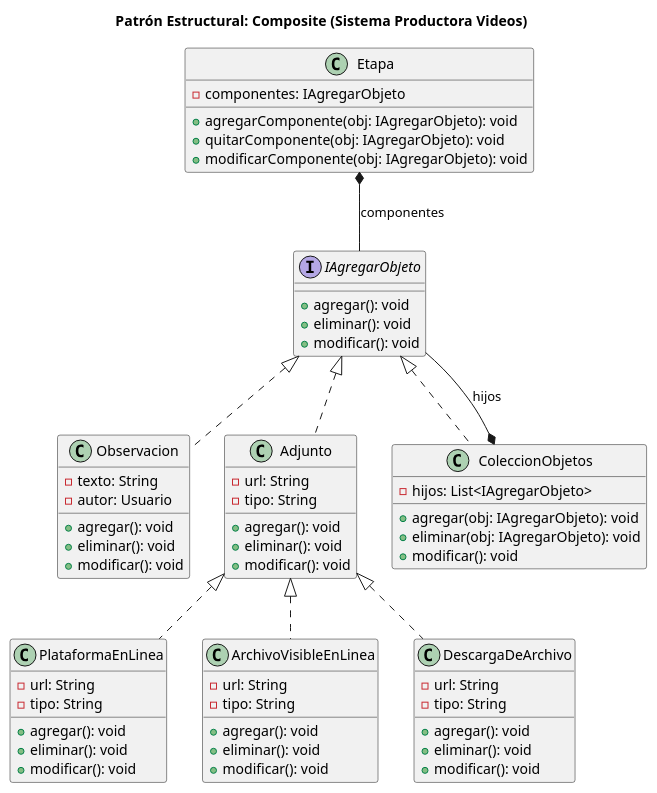
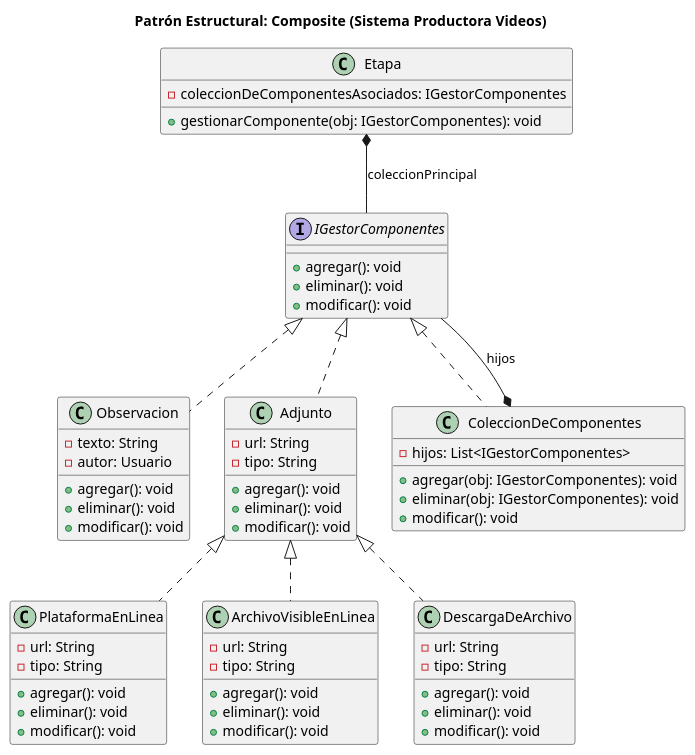
One commit to 9919-Mili/SistemaProductoraVideos changed the diagram in diagramas/01-diagrama-clases/01-patron-estructural-composite.puml. Above: the diagram before and after it, drawn with PlantUML. The commit also changed 3 other files, not shown here.

Commit message:
Fixes diagrama estructural

```diff
--- a/diagramas/01-diagrama-clases/01-patron-estructural-composite.puml
+++ b/diagramas/01-diagrama-clases/01-patron-estructural-composite.puml
@@ -1,75 +1,73 @@
 @startuml
 title Patrón Estructural: Composite (Sistema Productora Videos)
 
-interface IAgregarObjeto {
+interface IGestorComponentes {
   +agregar(): void
   +eliminar(): void
   +modificar(): void
 }
 
 class Observacion {
   -texto: String
   -autor: Usuario
   +agregar(): void
   +eliminar(): void
   +modificar(): void
 }
 
 class Adjunto {
   -url: String
   -tipo: String
   +agregar(): void
   +eliminar(): void
   +modificar(): void
 }
 
 class PlataformaEnLinea {
   -url: String
   -tipo: String
   +agregar(): void
   +eliminar(): void
   +modificar(): void
 }
 
 class ArchivoVisibleEnLinea {
   -url: String
   -tipo: String
   +agregar(): void
   +eliminar(): void
   +modificar(): void
 }
 
 class DescargaDeArchivo {
   -url: String
   -tipo: String
   +agregar(): void
   +eliminar(): void
   +modificar(): void
 }
 
-class ColeccionObjetos {
-  -hijos: List<IAgregarObjeto>
-  +agregar(obj: IAgregarObjeto): void
-  +eliminar(obj: IAgregarObjeto): void
+class ColeccionDeComponentes {
+  -hijos: List<IGestorComponentes>
+  +agregar(obj: IGestorComponentes): void
+  +eliminar(obj: IGestorComponentes): void
   +modificar(): void
 }
 
 class Etapa {
-  -componentes: IAgregarObjeto
-  +agregarComponente(obj: IAgregarObjeto): void
-  +quitarComponente(obj: IAgregarObjeto): void
-  +modificarComponente(obj: IAgregarObjeto): void
+  -coleccionDeComponentesAsociados: IGestorComponentes
+  +gestionarComponente(obj: IGestorComponentes): void
 }
 
-IAgregarObjeto <|.. Observacion
-IAgregarObjeto <|.. Adjunto
-IAgregarObjeto <|.. ColeccionObjetos
+IGestorComponentes <|.. Observacion
+IGestorComponentes <|.. Adjunto
+IGestorComponentes <|.. ColeccionDeComponentes
 Adjunto <|.. PlataformaEnLinea
 Adjunto <|.. ArchivoVisibleEnLinea
 Adjunto <|.. DescargaDeArchivo
 
 
-ColeccionObjetos *-- IAgregarObjeto : hijos
-Etapa *-- IAgregarObjeto : componentes
+ColeccionDeComponentes *-- IGestorComponentes : hijos
+Etapa *-- IGestorComponentes : coleccionPrincipal
 
 @enduml
```
